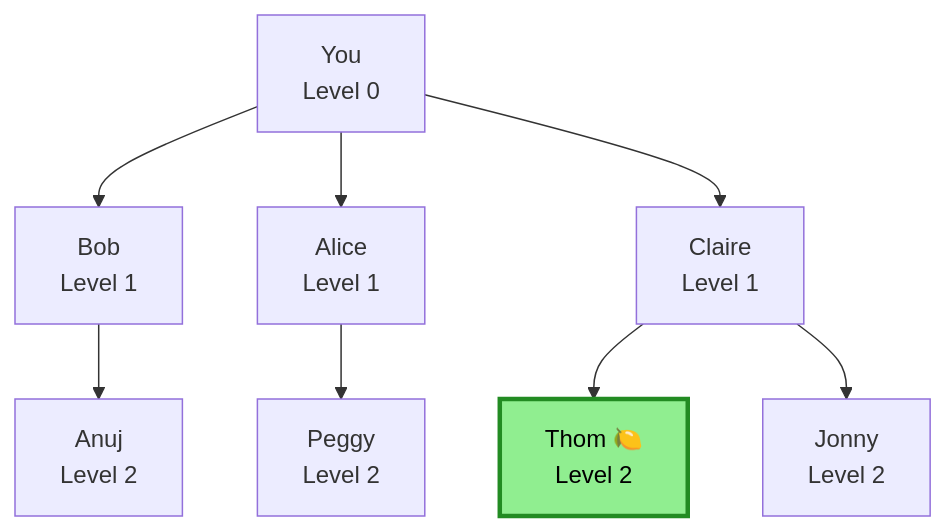
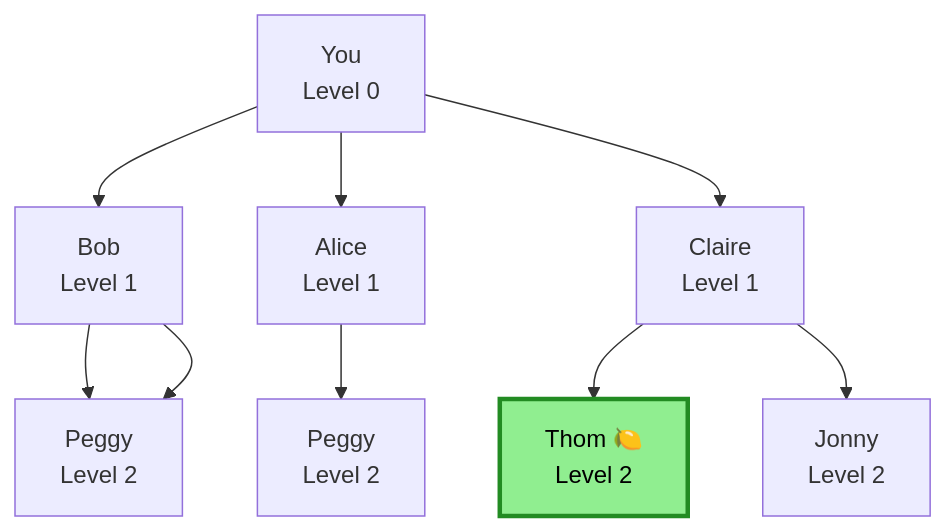
The second of 10 diagrams in Chapter 06/BFS_VISUALIZATION.md (ibtisam345/Grokking-Algorithm), drawn with Mermaid before and after one commit.

Commit message:
Update BFS_VISUALIZATION.md
Fixed the connection between Bob and Peggy

````diff
--- a/Chapter 06/BFS_VISUALIZATION.md
+++ b/Chapter 06/BFS_VISUALIZATION.md
@@ -51,14 +51,15 @@
 ```mermaid
 flowchart TD
     A["You<br/>Level 0"] --> B["Bob<br/>Level 1"]
     A --> C["Alice<br/>Level 1"]
     A --> D["Claire<br/>Level 1"]
 
     B --> E["Anuj<br/>Level 2"]
+    B --> E["Peggy<br/>Level 2"]
     C --> F["Peggy<br/>Level 2"]
     D --> G["Thom 🍋<br/>Level 2"]
     D --> H["Jonny<br/>Level 2"]
 
     class G seller
     classDef seller fill:#90EE90,stroke:#228B22,stroke-width:3px,color:#000
 ```
````
